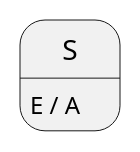
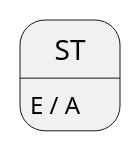
One commit to fgoujeon/maki changed the fifth of 5 diagrams in doc/concepts/transition.md. Above: the diagram before and after it, drawn with PlantUML. The commit also changed other lines of this file and 2 other files, not shown here.

```diff
--- a/doc/concepts/transition.md
+++ b/doc/concepts/transition.md
@@ -110,5 +116,5 @@
             @startuml{mini_internal_transition.png}
-            state S
-            S : E / A
+            state ST
+            ST : E / A
             hide empty description
             @enduml
```
